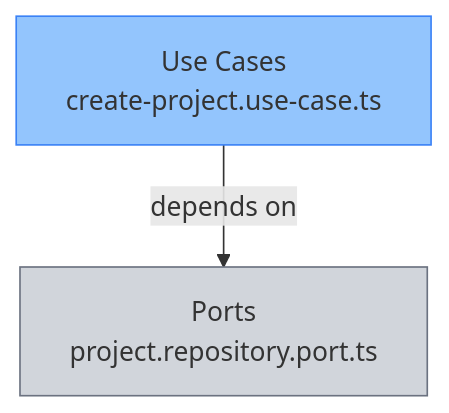
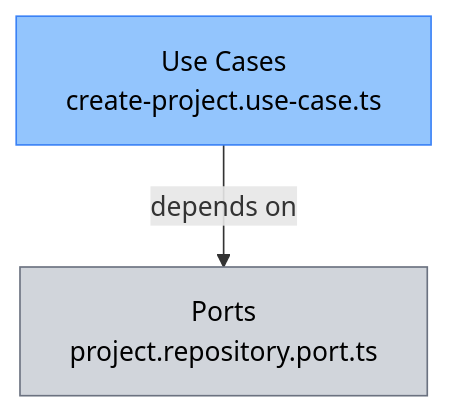
One commit to ariam711/fastify-clean-arch-api-todolist changed the sixth of 12 diagrams in docs/ARCHITECTURE_GUIDE.md. Above: the diagram before and after it, drawn with Mermaid. The commit also changed other lines of this file and 1 other file, not shown here.

````diff
--- a/docs/ARCHITECTURE_GUIDE.md
+++ b/docs/ARCHITECTURE_GUIDE.md
@@ -155,10 +985,10 @@
 ```mermaid
 graph TB
     UC[Use Cases<br/>create-project.use-case.ts]
     P[Ports<br/>project.repository.port.ts]
     
     UC -->|depends on| P
     
-    style UC fill:#93c5fd,stroke:#3b82f6
-    style P fill:#d1d5db,stroke:#6b7280
+    style UC fill:#93c5fd,stroke:#3b82f6,color:#000
+    style P fill:#d1d5db,stroke:#6b7280,color:#000
 ```
````
